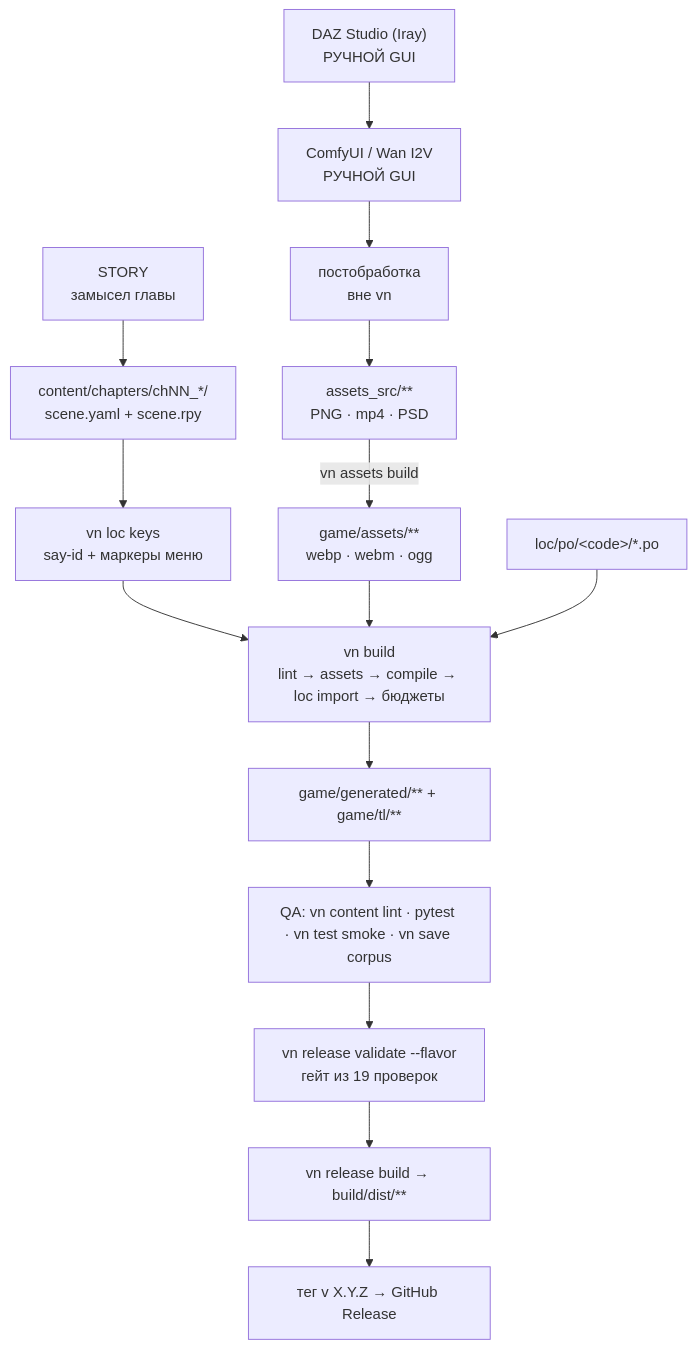
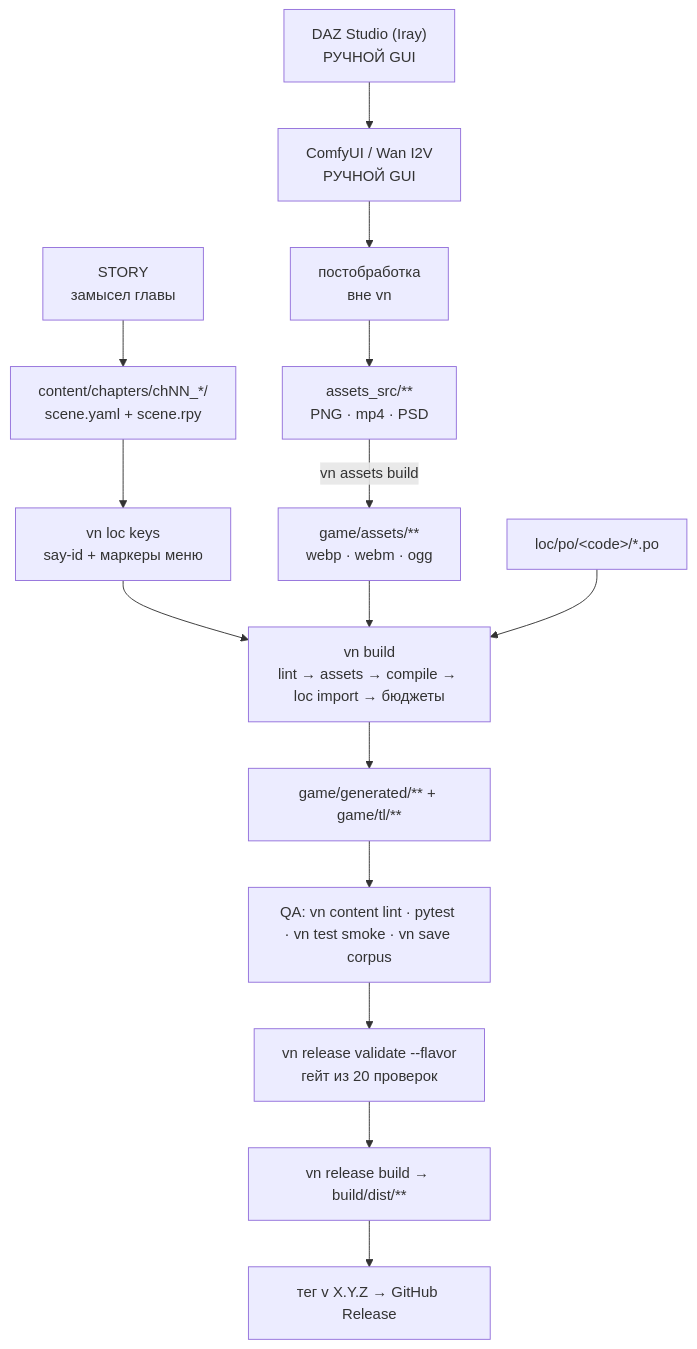
The diagram in docs/handbook/README.md (Onemyname/renpy), drawn with Mermaid before and after one commit. The commit also changed other lines of this file and 49 other files, not shown here.

````diff
--- a/docs/handbook/README.md
+++ b/docs/handbook/README.md
@@ -210,17 +223,17 @@
 ```mermaid
 flowchart TB
     S["STORY<br/>замысел главы"] --> SC["content/chapters/chNN_*/<br/>scene.yaml + scene.rpy"]
     SC --> LK["vn loc keys<br/>say-id + маркеры меню"]
     R["DAZ Studio (Iray)<br/>РУЧНОЙ GUI"] --> AI["ComfyUI / Wan I2V<br/>РУЧНОЙ GUI"]
     AI --> PP["постобработка<br/>вне vn"]
     PP --> SRC["assets_src/**<br/>PNG · mp4 · PSD"]
     SRC -->|"vn assets build"| GA["game/assets/**<br/>webp · webm · ogg"]
     LK --> CC["vn build<br/>lint → assets → compile → loc import → бюджеты"]
     GA --> CC
     PO["loc/po/&lt;code&gt;/*.po"] --> CC
     CC --> GEN["game/generated/** + game/tl/**"]
     GEN --> QA["QA: vn content lint · pytest · vn test smoke · vn save corpus"]
-    QA --> GATE["vn release validate --flavor<br/>гейт из 19 проверок"]
+    QA --> GATE["vn release validate --flavor<br/>гейт из 20 проверок"]
     GATE --> DIST["vn release build → build/dist/**"]
     DIST --> REL["тег v X.Y.Z → GitHub Release"]
 ```
````
